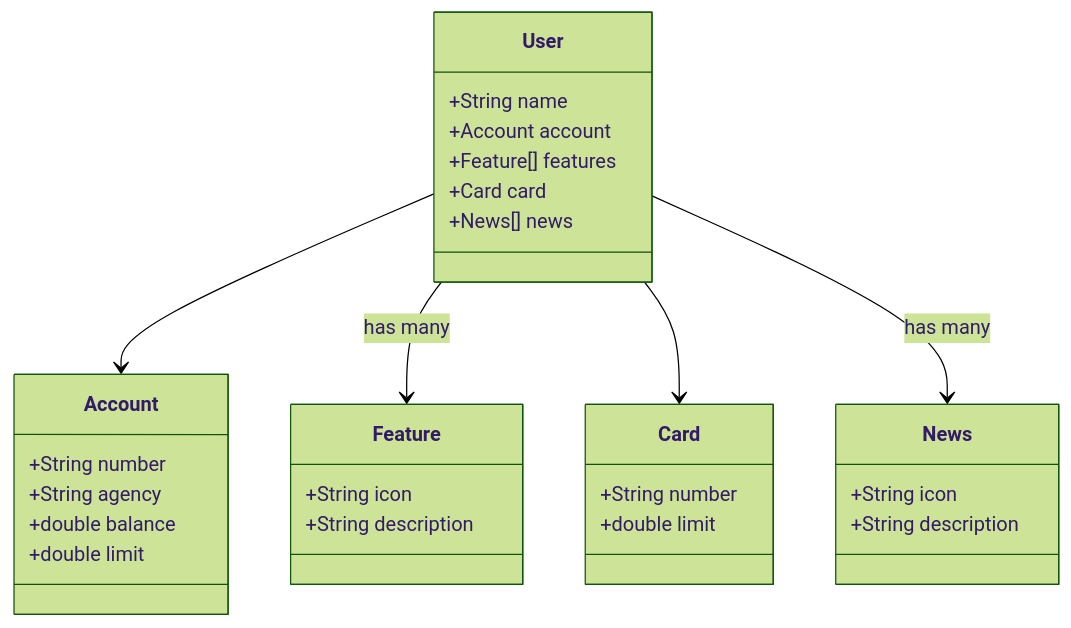
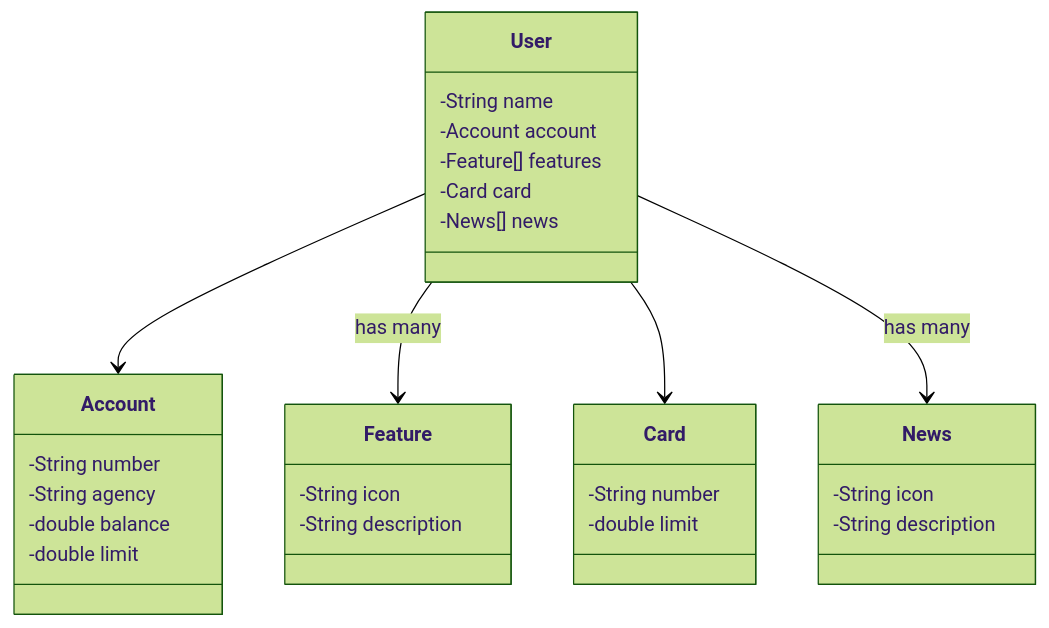
Before and after one commit to caio20538/restful-com-nuvem: the diagram in README.md, drawn with Mermaid (forest theme).

Commit message:
Diagrama de classes

````diff
--- a/README.md
+++ b/README.md
@@ -7,37 +7,37 @@
 ```mermaid
 classDiagram
   class User {
-    +String name
-    +Account account
-    +Feature[] features
-    +Card card
-    +News[] news
+    -String name
+    -Account account
+    -Feature[] features
+    -Card card
+    -News[] news
   }
 
   class Account {
-    +String number
-    +String agency
-    +double balance
-    +double limit
+    -String number
+    -String agency
+    -double balance
+    -double limit
   }
 
   class Feature {
-    +String icon
-    +String description
+    -String icon
+    -String description
   }
 
   class Card {
-    +String number
-    +double limit
+    -String number
+    -double limit
   }
 
   class News {
-    +String icon
-    +String description
+    -String icon
+    -String description
   }
 
   User --> Account
   User --> Feature : has many
   User --> Card
   User --> News : has many
 ```
````
